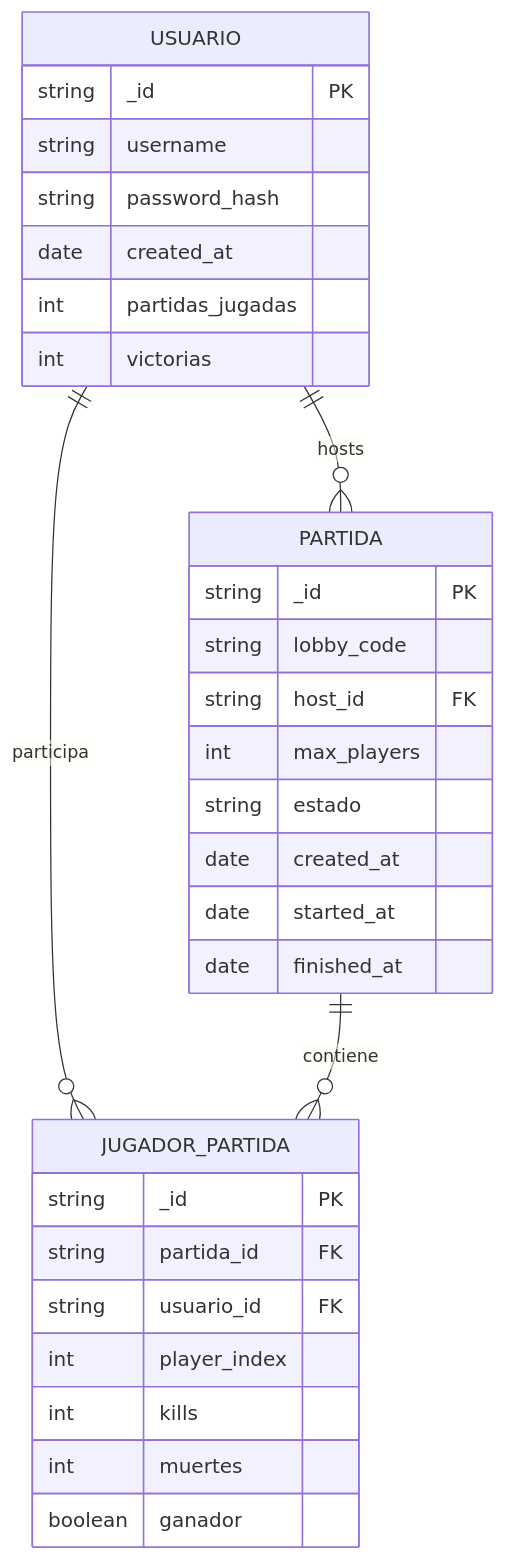
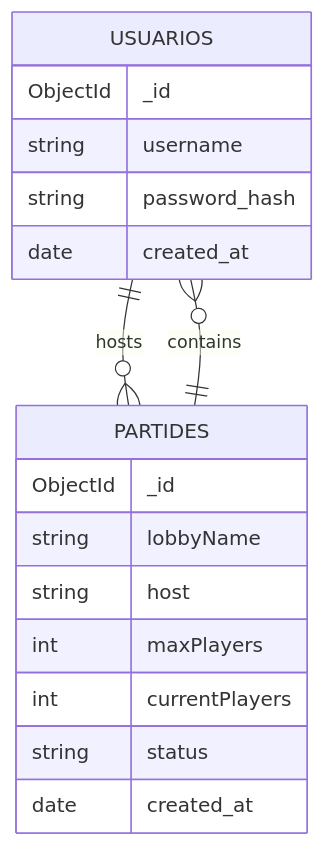
Before and after one commit to inspedralbes/tr3-joc-dawtr3gfabrizziorodriguez: the second of 4 diagrams in README.md, drawn with Mermaid. The commit also changed other lines of this file, not shown here.

````diff
--- a/README.md
+++ b/README.md
@@ -59,36 +61,22 @@
 ```mermaid
 erDiagram
-    USUARIO {
-        string _id PK
+    USUARIOS {
+        ObjectId _id
         string username
         string password_hash
         date created_at
-        int partidas_jugadas
-        int victorias
     }
     
-    PARTIDA {
-        string _id PK
-        string lobby_code
-        string host_id FK
-        int max_players
-        string estado
+    PARTIDES {
+        ObjectId _id
+        string lobbyName
+        string host
+        int maxPlayers
+        int currentPlayers
+        string status
         date created_at
-        date started_at
-        date finished_at
     }
     
-    JUGADOR_PARTIDA {
-        string _id PK
-        string partida_id FK
-        string usuario_id FK
-        int player_index
-        int kills
-        int muertes
-        boolean ganador
-    }
-    
-    USUARIO ||--o{ PARTIDA : hosts
-    USUARIO ||--o{ JUGADOR_PARTIDA : participa
-    PARTIDA ||--o{ JUGADOR_PARTIDA : contiene
+    USUARIOS ||--o{ PARTIDES : hosts
+    PARTIDES ||--o{ USUARIOS : contains
 ```
````
